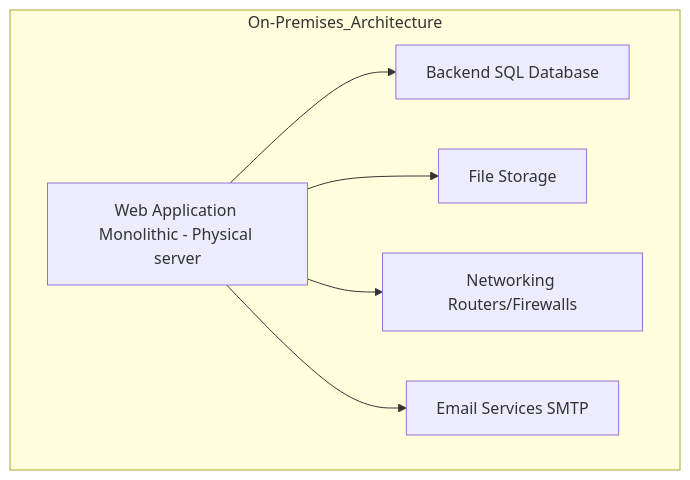
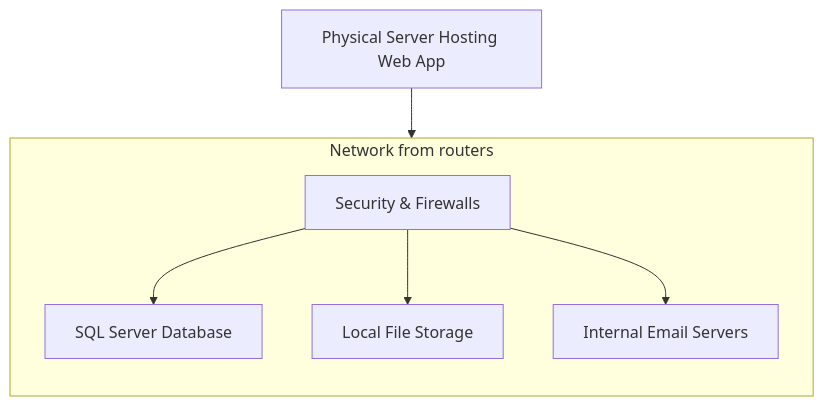
The diagram in Lab3/Lab3.md (Viphan123/CST8913), drawn with Mermaid before and after one commit.

````diff
--- a/Lab3/Lab3.md
+++ b/Lab3/Lab3.md
@@ -23,9 +23,15 @@
 ```mermaid
-flowchart TD
-    subgraph On-Premises_Architecture
-        A[Web Application Monolithic - Physical server] --> B[Backend SQL Database]
-        A --> C[File Storage]
-        A --> D[Networking Routers/Firewalls]
-        A --> E[Email Services SMTP]
+graph TD
+        A[Physical Server Hosting Web App]
+    subgraph Network from routers
+        direction TB
+        B[SQL Server Database]
+        C[Local File Storage]
+        E[Internal Email Servers]
+        D[Security & Firewalls]
     end
+    A --> D
+    D --> B
+    D --> C
+    D --> E
 ```
````
